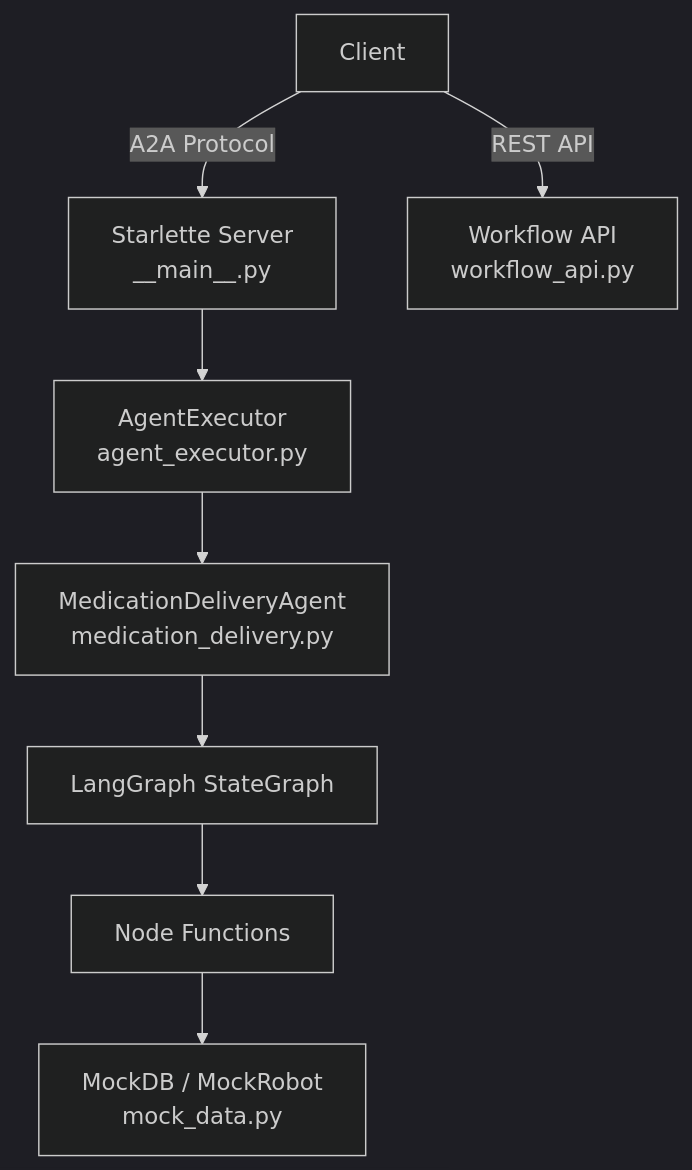
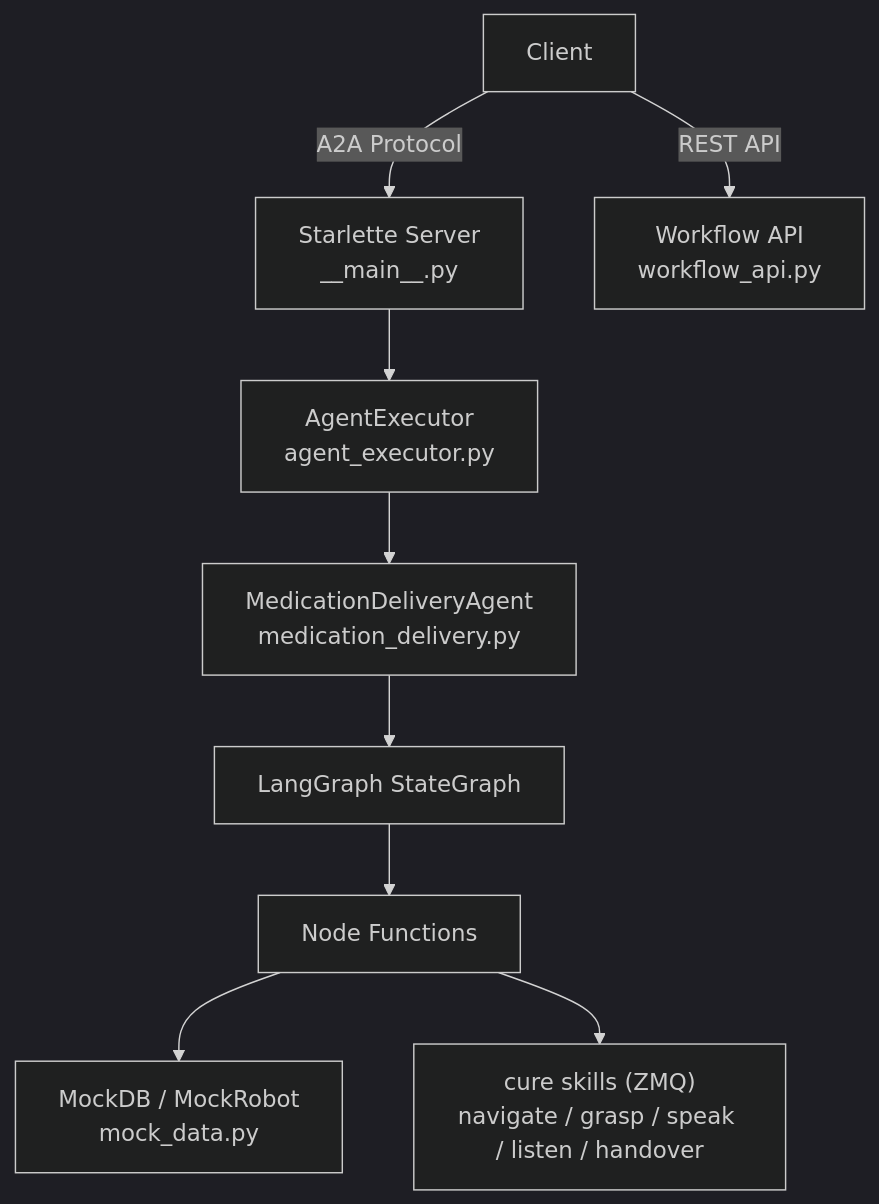
One commit to wil-li-la/langgraph-A2A changed the diagram in backend/README.md. Above: the diagram before and after it, drawn with Mermaid (dark theme). The commit also changed other lines of this file and 14 other files, not shown here.

````diff
--- a/backend/README.md
+++ b/backend/README.md
@@ -7,10 +7,11 @@
 ```mermaid
 graph TB
     Client -->|A2A Protocol| Server["Starlette Server<br/>__main__.py"]
     Client -->|REST API| WorkflowAPI["Workflow API<br/>workflow_api.py"]
     Server --> Executor["AgentExecutor<br/>agent_executor.py"]
     Executor --> Agent["MedicationDeliveryAgent<br/>medication_delivery.py"]
     Agent --> Graph["LangGraph StateGraph"]
     Graph --> Nodes["Node Functions"]
     Nodes --> Mocks["MockDB / MockRobot<br/>mock_data.py"]
+    Nodes --> Robot["cure skills (ZMQ)<br/>navigate / grasp / speak / listen / handover"]
 ```
````
